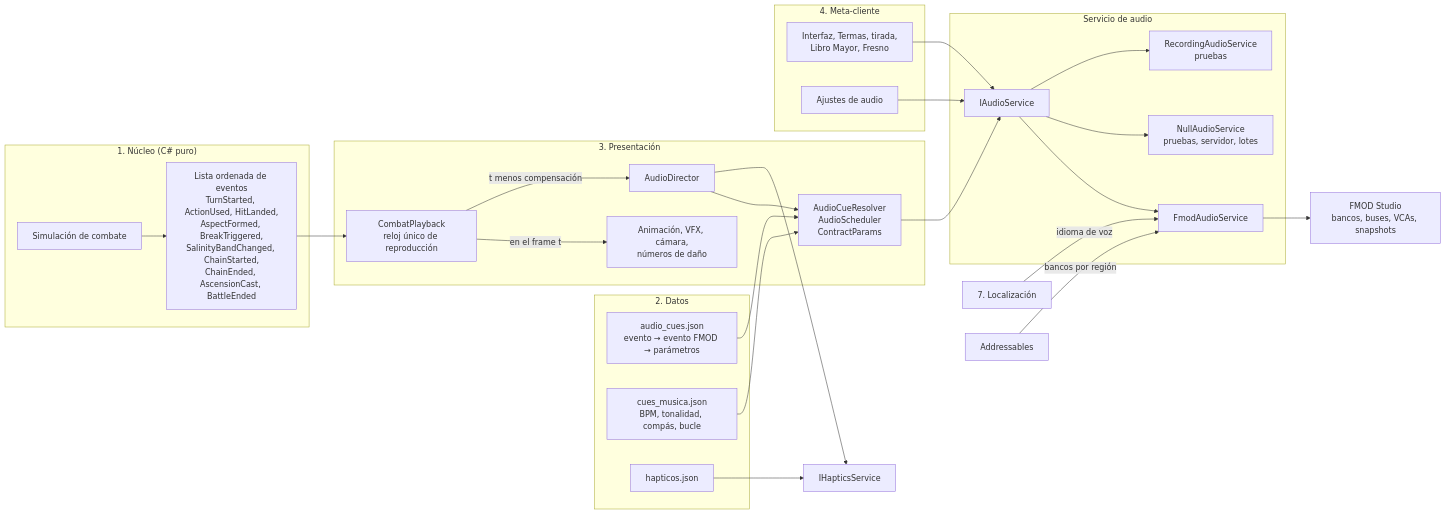
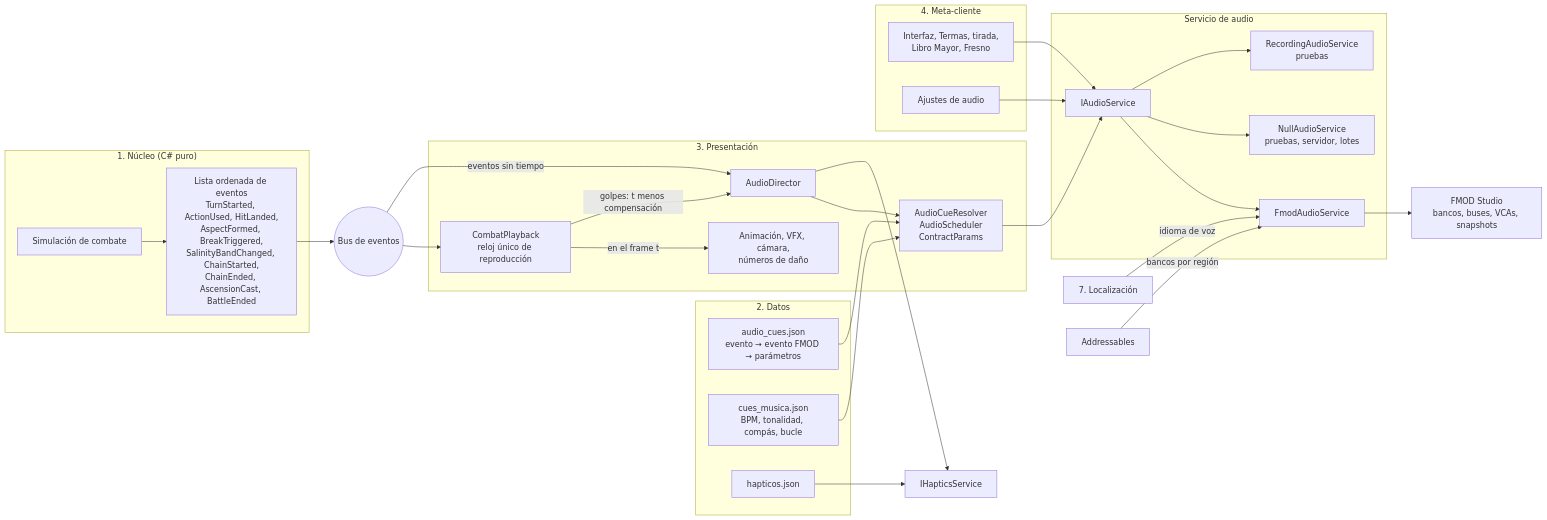
Before and after one commit to AdassioST/Gacha-Agustin: the first of 2 diagrams in docs/audio/INTEGRACION_AUDIO.md, drawn with Mermaid. The commit also changed other lines of this file and 1 other file, not shown here.

````diff
--- a/docs/audio/INTEGRACION_AUDIO.md
+++ b/docs/audio/INTEGRACION_AUDIO.md
@@ -65,43 +69,45 @@
 ```mermaid
 flowchart LR
   subgraph N1["1. Núcleo (C# puro)"]
     SIM["Simulación de combate"] --> EVT["Lista ordenada de eventos<br/>TurnStarted, ActionUsed, HitLanded,<br/>AspectFormed, BreakTriggered,<br/>SalinityBandChanged, ChainStarted,<br/>ChainEnded, AscensionCast, BattleEnded"]
   end
   subgraph N2["2. Datos"]
     CUES["audio_cues.json<br/>evento → evento FMOD → parámetros"]
     MUS["cues_musica.json<br/>BPM, tonalidad, compás, bucle"]
     HAP["hapticos.json"]
   end
   subgraph N3["3. Presentación"]
     PLAY["CombatPlayback<br/>reloj único de reproducción"]
     VFX["Animación, VFX, cámara,<br/>números de daño"]
     DIR["AudioDirector"]
     LOG["AudioCueResolver<br/>AudioScheduler<br/>ContractParams"]
   end
   subgraph N4["4. Meta-cliente"]
     UI["Interfaz, Termas, tirada,<br/>Libro Mayor, Fresno"]
     SET["Ajustes de audio"]
   end
   subgraph SRV["Servicio de audio"]
     IAS["IAudioService"]
     FM["FmodAudioService"]
     NUL["NullAudioService<br/>pruebas, servidor, lotes"]
     REC["RecordingAudioService<br/>pruebas"]
   end
-  EVT --> PLAY
+  EVT --> BUS(("Bus de eventos"))
+  BUS --> PLAY
+  BUS -->|"eventos sin tiempo"| DIR
   PLAY -->|"en el frame t"| VFX
-  PLAY -->|"t menos compensación"| DIR
+  PLAY -->|"golpes: t menos compensación"| DIR
   CUES --> LOG
   MUS --> LOG
   DIR --> LOG --> IAS
   DIR --> HAPS["IHapticsService"]
   HAP --> HAPS
   UI --> IAS
   SET --> IAS
   IAS --> FM
   IAS --> NUL
   IAS --> REC
   FM --> STUDIO["FMOD Studio<br/>bancos, buses, VCAs, snapshots"]
   LOC["7. Localización"] -->|"idioma de voz"| FM
   ADR["Addressables"] -->|"bancos por región"| FM
 ```
````
